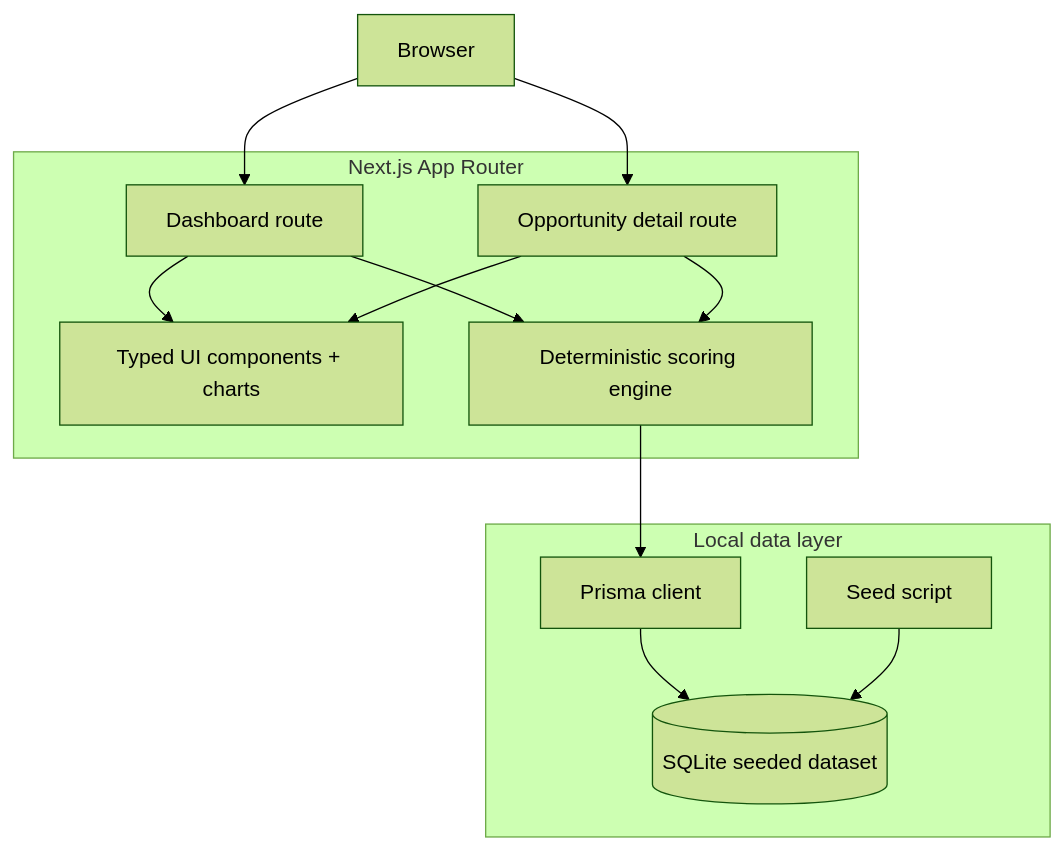
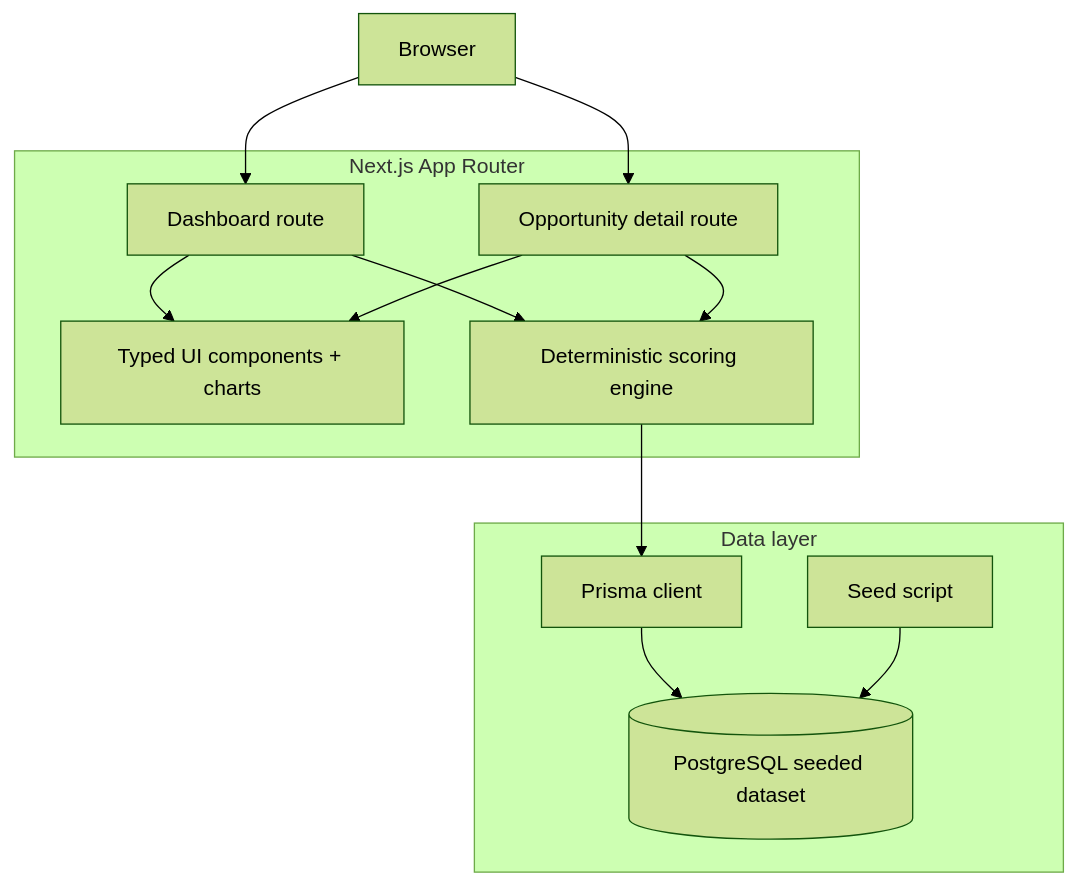
The diagram in docs/architecture-diagram.md (branqon/automation-opportunity-scorer), drawn with Mermaid (forest theme) before and after one commit. The commit also changed other lines of this file and 9 other files, not shown here.

````diff
--- a/docs/architecture-diagram.md
+++ b/docs/architecture-diagram.md
@@ -3,27 +3,27 @@
 ```mermaid
 flowchart TD
     Browser[Browser]
 
     subgraph NextApp[Next.js App Router]
       Dashboard[Dashboard route]
       Detail[Opportunity detail route]
       UI[Typed UI components + charts]
       Scoring[Deterministic scoring engine]
     end
 
-    subgraph DataLayer[Local data layer]
+    subgraph DataLayer[Data layer]
       Prisma[Prisma client]
-      SQLite[(SQLite seeded dataset)]
+      PostgreSQL[(PostgreSQL seeded dataset)]
       Seed[Seed script]
     end
 
     Browser --> Dashboard
     Browser --> Detail
     Dashboard --> UI
     Detail --> UI
     Dashboard --> Scoring
     Detail --> Scoring
     Scoring --> Prisma
-    Prisma --> SQLite
-    Seed --> SQLite
+    Prisma --> PostgreSQL
+    Seed --> PostgreSQL
 ```
````
